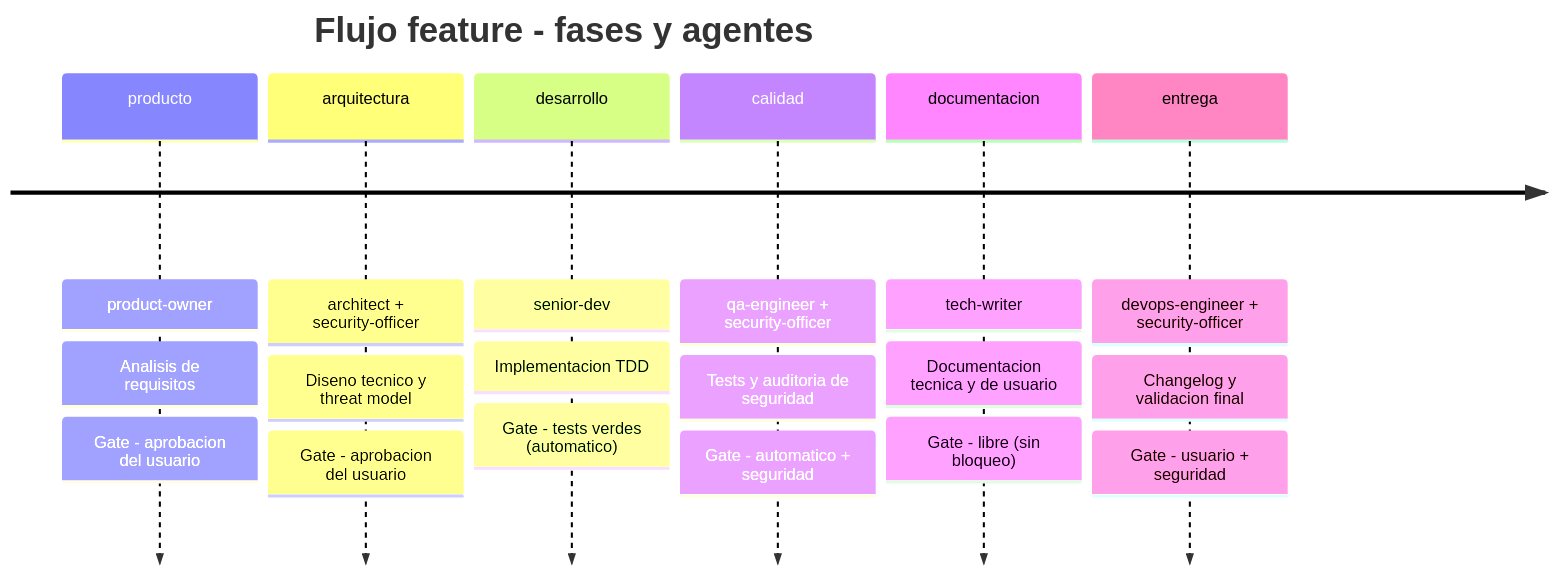
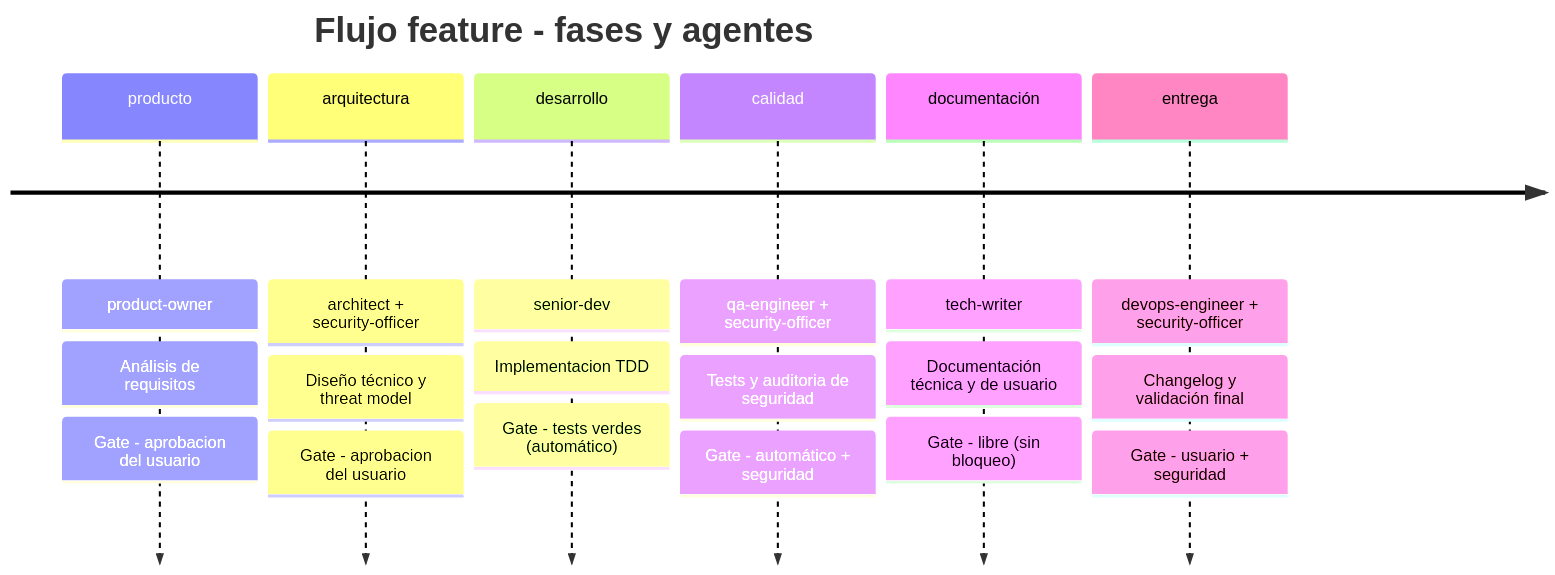
The diagram in docs/agents/README.md (686f6c61/alfred-dev), drawn with Mermaid before and after one commit. The commit also changed other lines of this file and 93 other files, not shown here.

````diff
--- a/docs/agents/README.md
+++ b/docs/agents/README.md
@@ -19,28 +19,28 @@
 ```mermaid
 timeline
     title Flujo feature - fases y agentes
     producto
         : product-owner
-        : Analisis de requisitos
+        : Análisis de requisitos
         : Gate - aprobacion del usuario
     arquitectura
         : architect + security-officer
-        : Diseno tecnico y threat model
+        : Diseño técnico y threat model
         : Gate - aprobacion del usuario
     desarrollo
         : senior-dev
         : Implementacion TDD
-        : Gate - tests verdes (automatico)
+        : Gate - tests verdes (automático)
     calidad
         : qa-engineer + security-officer
         : Tests y auditoria de seguridad
-        : Gate - automatico + seguridad
-    documentacion
+        : Gate - automático + seguridad
+    documentación
         : tech-writer
-        : Documentacion tecnica y de usuario
+        : Documentación técnica y de usuario
         : Gate - libre (sin bloqueo)
     entrega
         : devops-engineer + security-officer
-        : Changelog y validacion final
+        : Changelog y validación final
         : Gate - usuario + seguridad
 ```
````
